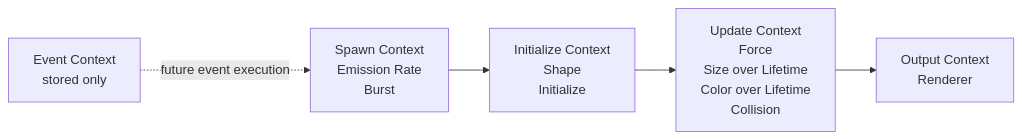
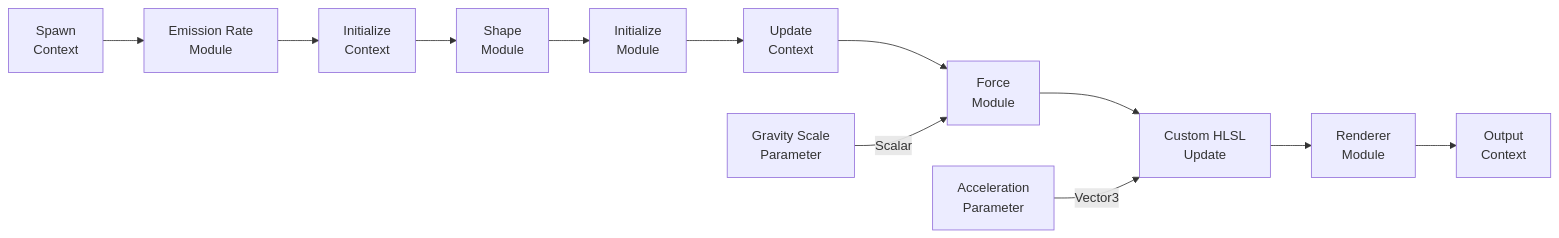
Before and after one commit to hcfgod/KeireEngine: the fifth of 8 diagrams in docs/Vfx.md, drawn with Mermaid. The commit also changed other lines of this file and 35 other files, not shown here.

````diff
--- a/docs/Vfx.md
+++ b/docs/Vfx.md
@@ -162,7 +329,14 @@
 ```mermaid
 flowchart LR
-    Spawn["Spawn Context<br/>Emission Rate<br/>Burst"] --> Initialize["Initialize Context<br/>Shape<br/>Initialize"]
-    Initialize --> Update["Update Context<br/>Force<br/>Size over Lifetime<br/>Color over Lifetime<br/>Collision"]
-    Update --> Output["Output Context<br/>Renderer"]
-    Event["Event Context<br/>stored only"] -. "future event execution" .-> Spawn
+    Spawn["Spawn<br/>Context"] --> Rate["Emission Rate<br/>Module"]
+    Rate --> InitContext["Initialize<br/>Context"]
+    InitContext --> Shape["Shape<br/>Module"]
+    Shape --> Initialize["Initialize<br/>Module"]
+    Initialize --> UpdateContext["Update<br/>Context"]
+    UpdateContext --> Force["Force<br/>Module"]
+    Force --> Custom["Custom HLSL<br/>Update"]
+    Custom --> Renderer["Renderer<br/>Module"]
+    Renderer --> Output["Output<br/>Context"]
+    Accel["Acceleration<br/>Parameter"] -->|"Vector3"| Custom
+    Gravity["Gravity Scale<br/>Parameter"] -->|"Scalar"| Force
 ```
````
